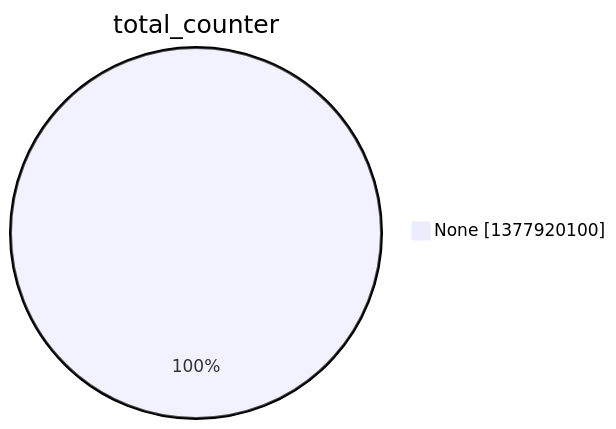
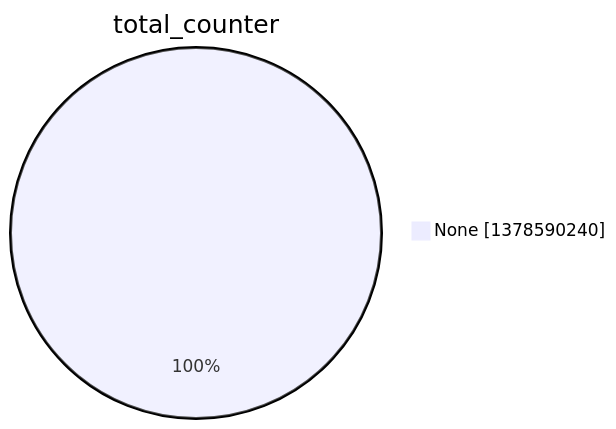
Before and after one commit to christiankrug/ctmonitor_visualization: the second of 15 diagrams in argon2022/README.md, drawn with Mermaid. The commit also changed other lines of this file, not shown here.

````diff
--- a/argon2022/README.md
+++ b/argon2022/README.md
@@ -9,5 +9,5 @@
 ```mermaid
 pie showData
 title total_counter
-"None" :1377920100
+"None" :1378590240
 ```
````
